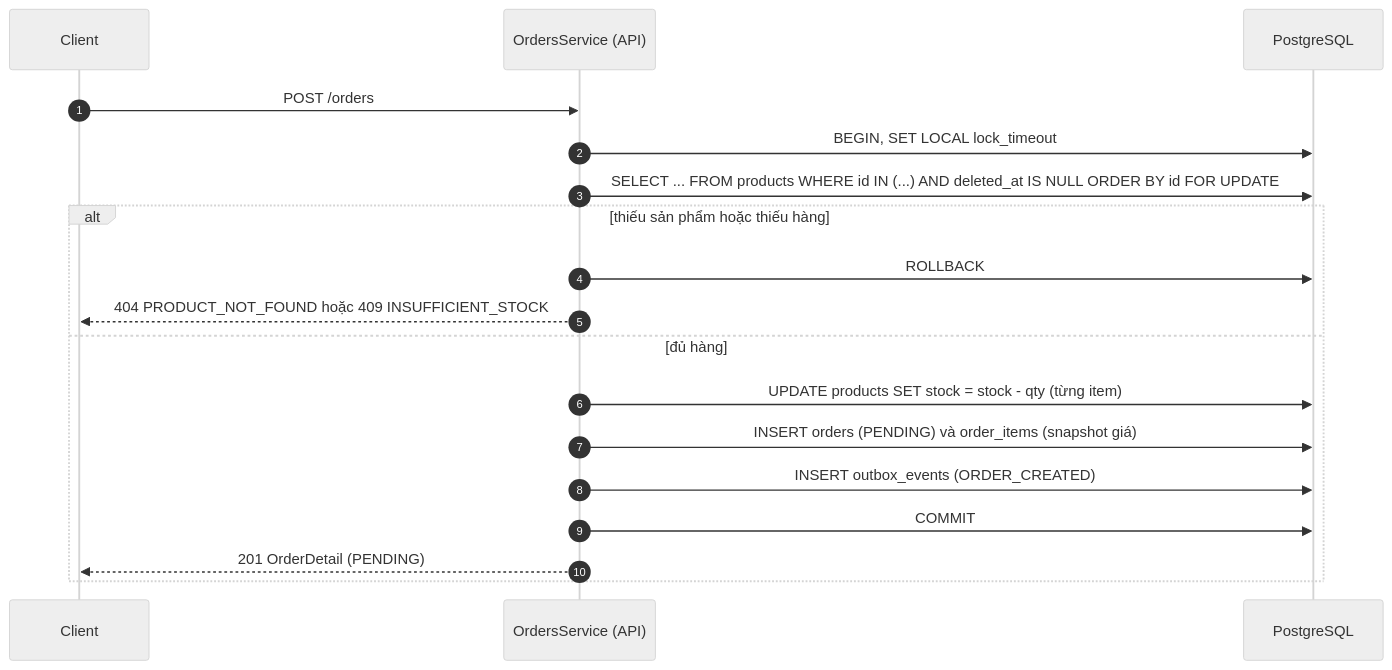
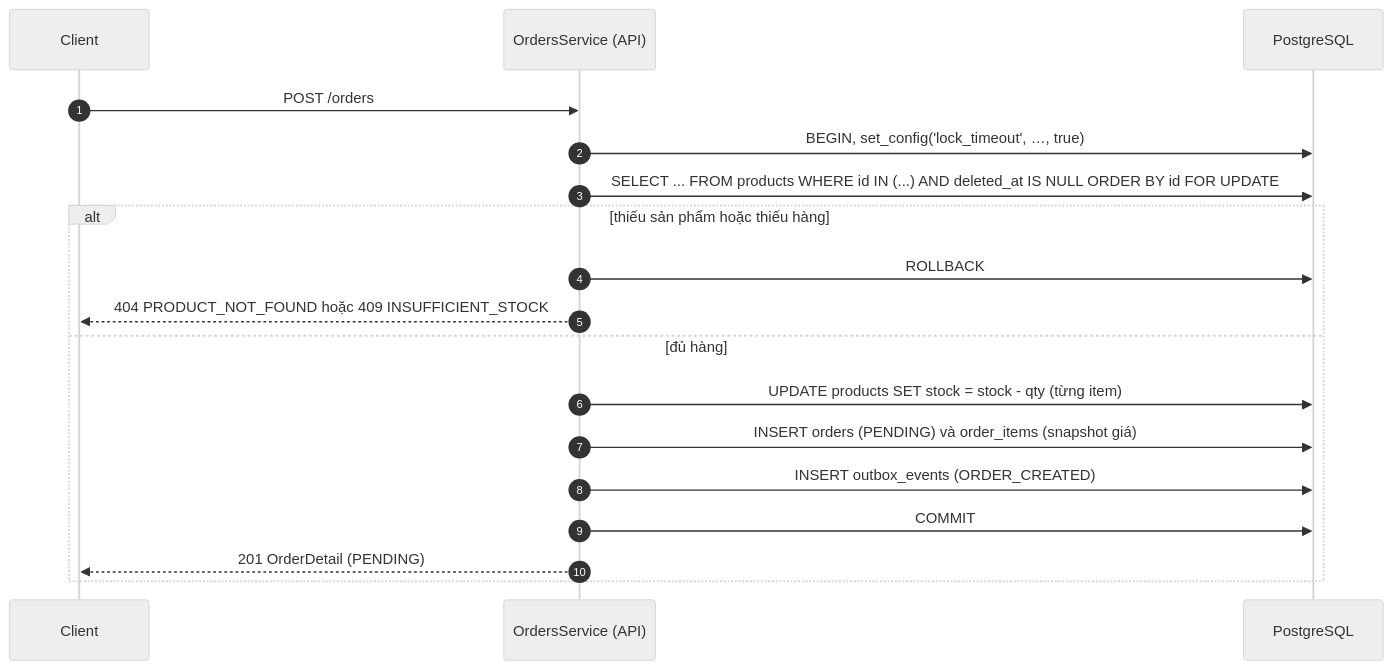
One commit to hcmus-phat/hemidi-test changed the second of 4 diagrams in docs/05-order-processing.md. Above: the diagram before and after it, drawn with Mermaid (neutral theme). The commit also changed other lines of this file and 18 other files, not shown here.

````diff
--- a/docs/05-order-processing.md
+++ b/docs/05-order-processing.md
@@ -71,21 +73,21 @@
 ```mermaid
 sequenceDiagram
   autonumber
   participant C as Client
   participant API as OrdersService (API)
   participant DB as PostgreSQL
 
   C->>API: POST /orders
-  API->>DB: BEGIN, SET LOCAL lock_timeout
+  API->>DB: BEGIN, set_config('lock_timeout', …, true)
   API->>DB: SELECT ... FROM products WHERE id IN (...) AND deleted_at IS NULL ORDER BY id FOR UPDATE
   alt thiếu sản phẩm hoặc thiếu hàng
     API->>DB: ROLLBACK
     API-->>C: 404 PRODUCT_NOT_FOUND hoặc 409 INSUFFICIENT_STOCK
   else đủ hàng
     API->>DB: UPDATE products SET stock = stock - qty (từng item)
     API->>DB: INSERT orders (PENDING) và order_items (snapshot giá)
     API->>DB: INSERT outbox_events (ORDER_CREATED)
     API->>DB: COMMIT
     API-->>C: 201 OrderDetail (PENDING)
   end
 ```
````
